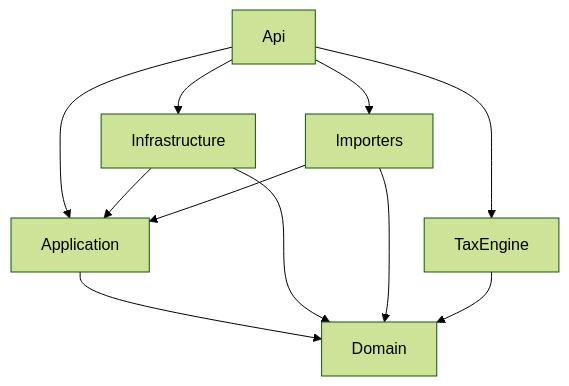
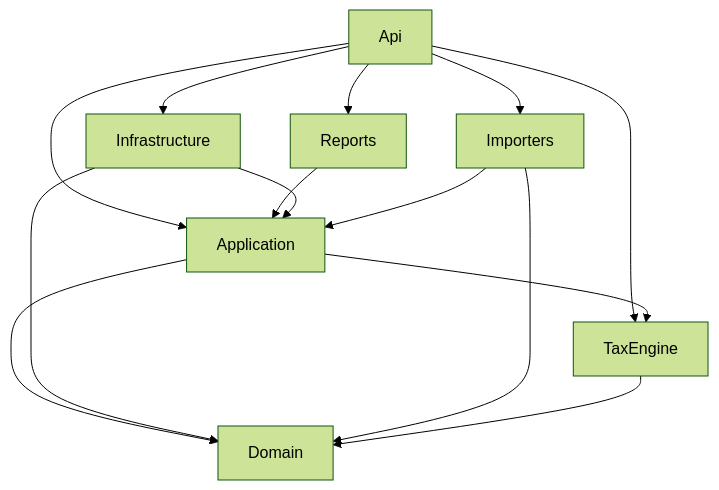
Before and after one commit to MaximilianMueller2/KryptoSteuerTool: the second of 2 diagrams in docs/02-architektur.md, drawn with Mermaid (forest theme). The commit also changed other lines of this file and 22 other files, not shown here.

````diff
--- a/docs/02-architektur.md
+++ b/docs/02-architektur.md
@@ -39,13 +40,16 @@
 ```mermaid
 flowchart TD
   Api --> Application
   Api --> Infrastructure
   Api --> Importers
   Api --> TaxEngine
+  Api --> Reports
+  Reports --> Application
+  Application --> TaxEngine
   Infrastructure --> Application
   Importers --> Application
   Application --> Domain
   Infrastructure --> Domain
   Importers --> Domain
   TaxEngine --> Domain
 ```
````
